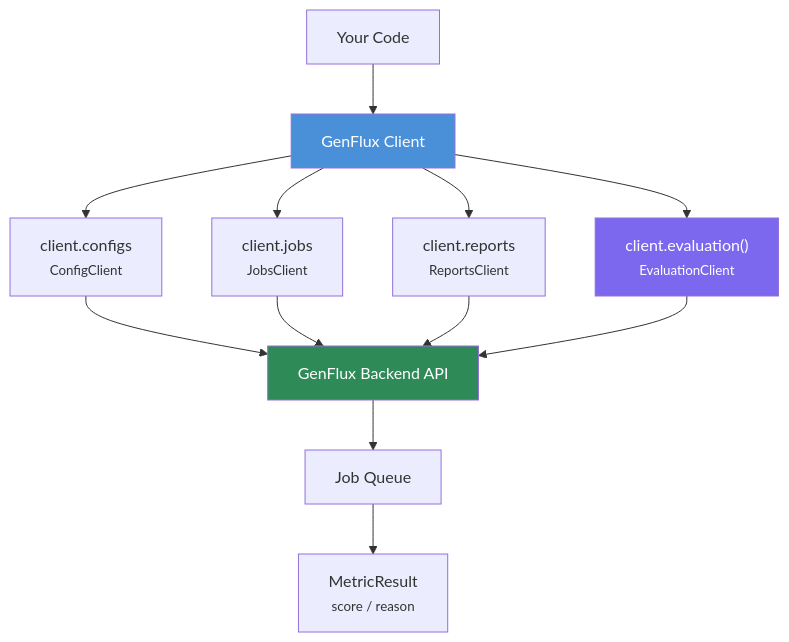
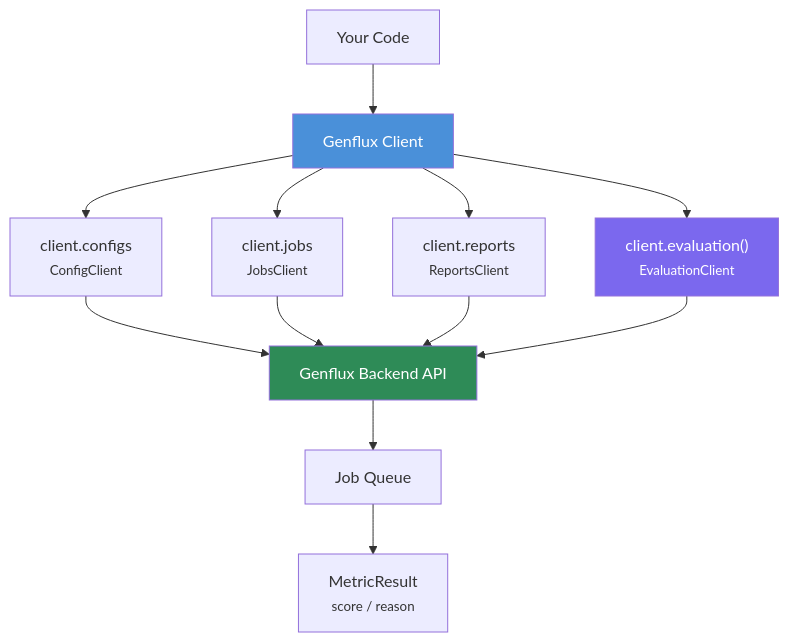
One commit to elith-co-jp/genflux-python-sdk changed the diagram in docs/API_REFERENCE.md. Above: the diagram before and after it, drawn with Mermaid. The commit also changed other lines of this file and 11 other files, not shown here.

First line of the commit message:
fix: brand name GenFlux → Genflux across all docs

````diff
--- a/docs/API_REFERENCE.md
+++ b/docs/API_REFERENCE.md
@@ -47,21 +47,21 @@
 ```mermaid
 graph TB
-    User["Your Code"] --> GF["GenFlux Client"]
+    User["Your Code"] --> GF["Genflux Client"]
 
     GF --> CC["client.configs<br/><small>ConfigClient</small>"]
     GF --> JC["client.jobs<br/><small>JobsClient</small>"]
     GF --> RC["client.reports<br/><small>ReportsClient</small>"]
     GF --> EC["client.evaluation()<br/><small>EvaluationClient</small>"]
 
-    CC --> API["GenFlux Backend API"]
+    CC --> API["Genflux Backend API"]
     JC --> API
     RC --> API
     EC --> API
 
     API --> Queue["Job Queue"]
     Queue --> Result["MetricResult<br/><small>score / reason</small>"]
 
     style GF fill:#4A90D9,color:#fff
     style EC fill:#7B68EE,color:#fff
     style API fill:#2E8B57,color:#fff
 ```
````
